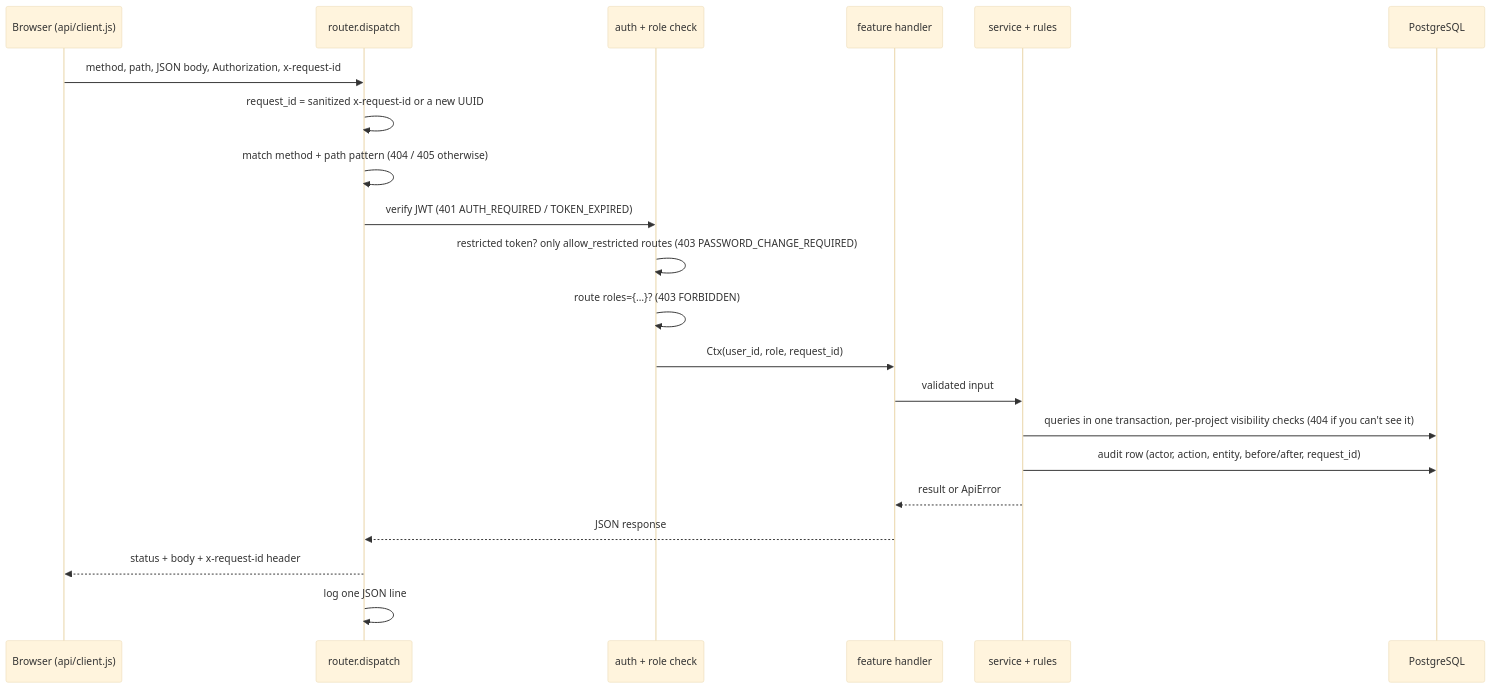
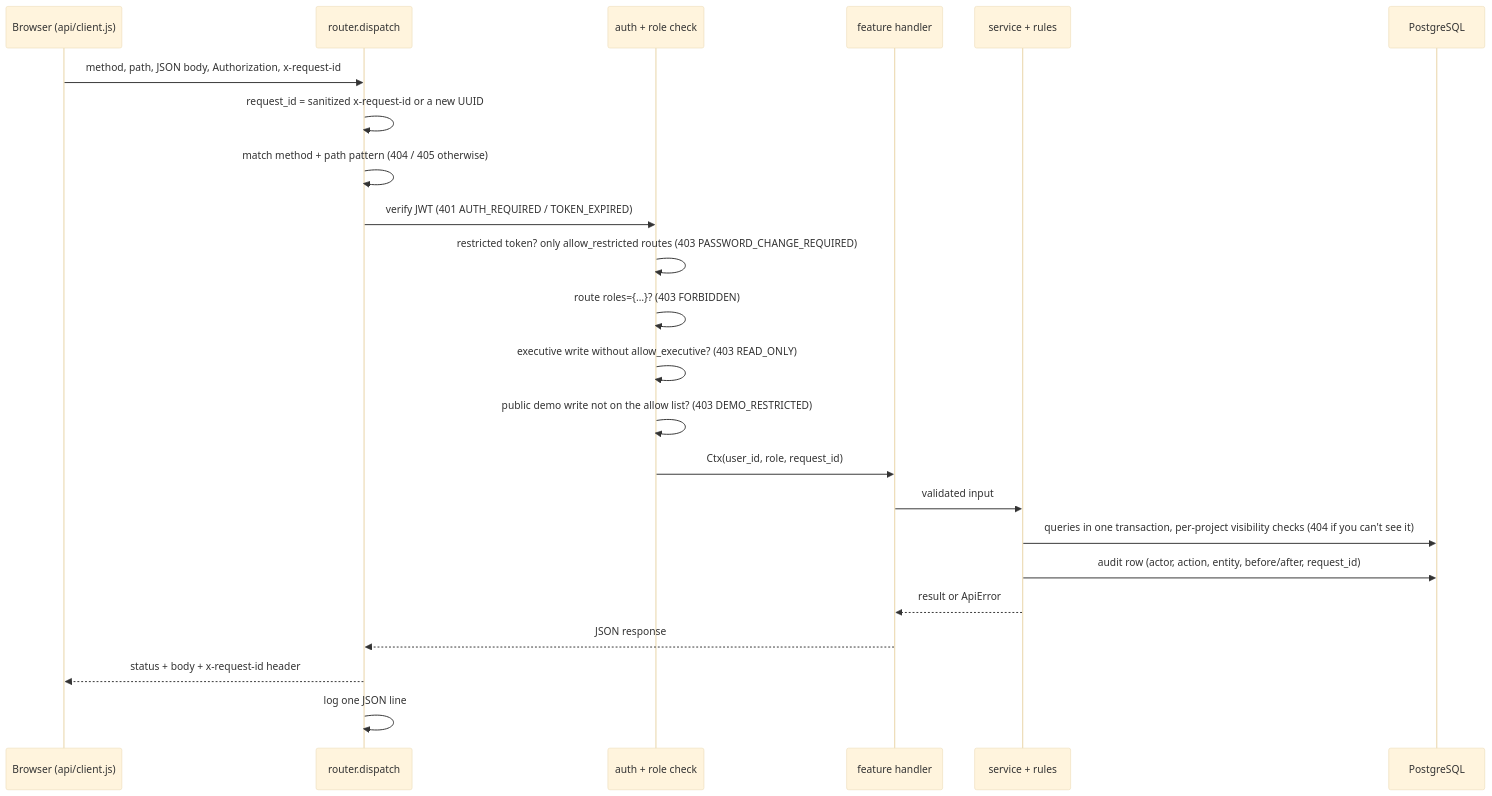
One commit to RootMoataz/citi-overwatch changed the fifth of 5 diagrams in docs/project/ARCHITECTURE.md. Above: the diagram before and after it, drawn with Mermaid (base theme). The commit also changed other lines of this file, not shown here.

Commit message:
ARCHITECTURE: current components (CloudFront, S3, Lambda Function URL in the VPC, Aurora, EmailJS browser relay, SES blocked), feature modules, operator operations, security model with the executive and public demo guards, and the log-hours-to-HR and complete-and-route journeys

````diff
--- a/docs/project/ARCHITECTURE.md
+++ b/docs/project/ARCHITECTURE.md
@@ -49,23 +159,25 @@
 ```mermaid
 sequenceDiagram
   participant B as Browser (api/client.js)
   participant R as router.dispatch
   participant A as auth + role check
   participant H as feature handler
   participant S as service + rules
   participant DB as PostgreSQL
   B->>R: method, path, JSON body, Authorization, x-request-id
   R->>R: request_id = sanitized x-request-id or a new UUID
   R->>R: match method + path pattern (404 / 405 otherwise)
   R->>A: verify JWT (401 AUTH_REQUIRED / TOKEN_EXPIRED)
   A->>A: restricted token? only allow_restricted routes (403 PASSWORD_CHANGE_REQUIRED)
   A->>A: route roles={…}? (403 FORBIDDEN)
+  A->>A: executive write without allow_executive? (403 READ_ONLY)
+  A->>A: public demo write not on the allow list? (403 DEMO_RESTRICTED)
   A->>H: Ctx(user_id, role, request_id)
   H->>S: validated input
   S->>DB: queries in one transaction, per-project visibility checks (404 if you can't see it)
   S->>DB: audit row (actor, action, entity, before/after, request_id)
   S-->>H: result or ApiError
   H-->>R: JSON response
   R-->>B: status + body + x-request-id header
   R->>R: log one JSON line
 ```
````
